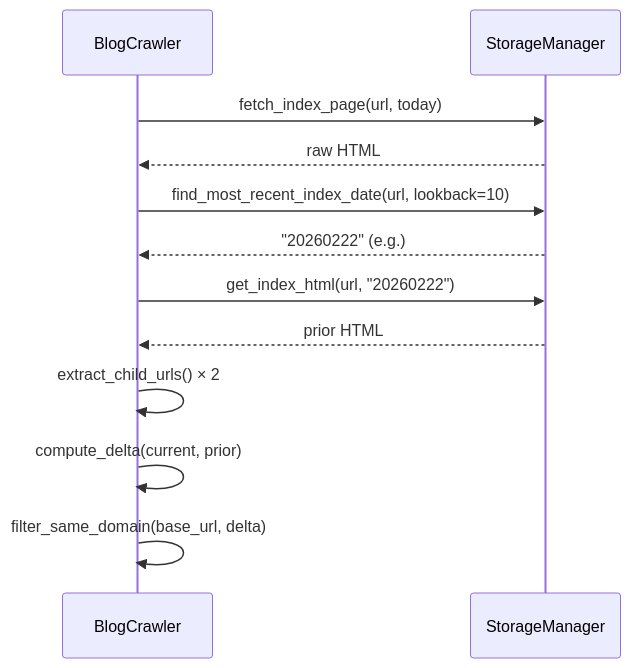
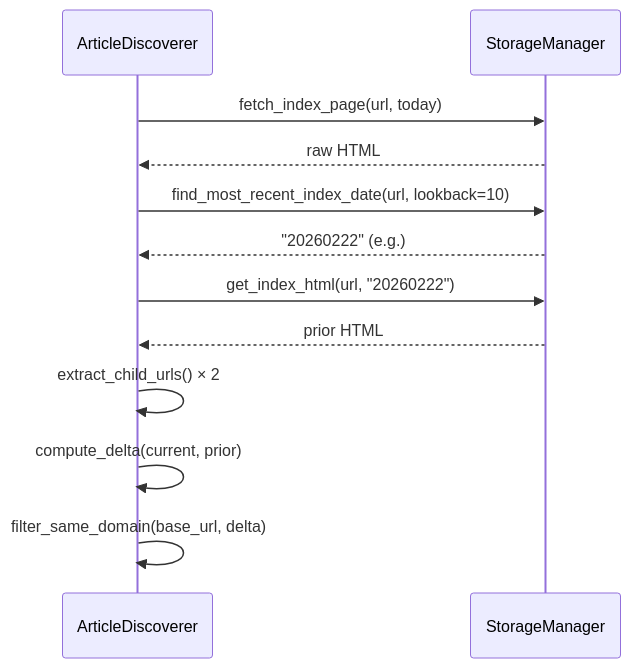
The second of 3 diagrams in DESIGN.md (msampathkumar/newshive), drawn with Mermaid before and after one commit. The commit also changed other lines of this file and 21 other files, not shown here.

````diff
--- a/DESIGN.md
+++ b/DESIGN.md
@@ -59,14 +59,14 @@
 ```mermaid
 sequenceDiagram
-    participant C as BlogCrawler
+    participant C as ArticleDiscoverer
     participant S as StorageManager
     C->>S: fetch_index_page(url, today)
     S-->>C: raw HTML
     C->>S: find_most_recent_index_date(url, lookback=10)
     S-->>C: "20260222" (e.g.)
     C->>S: get_index_html(url, "20260222")
     S-->>C: prior HTML
     C->>C: extract_child_urls() × 2
     C->>C: compute_delta(current, prior)
     C->>C: filter_same_domain(base_url, delta)
 ```
````
